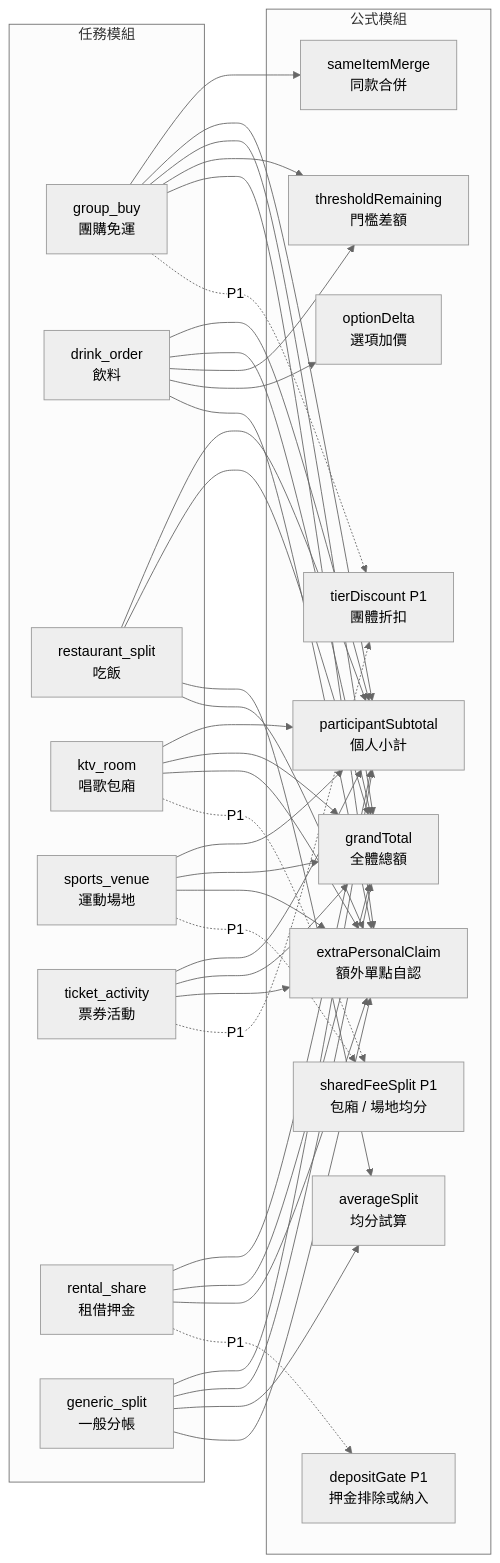
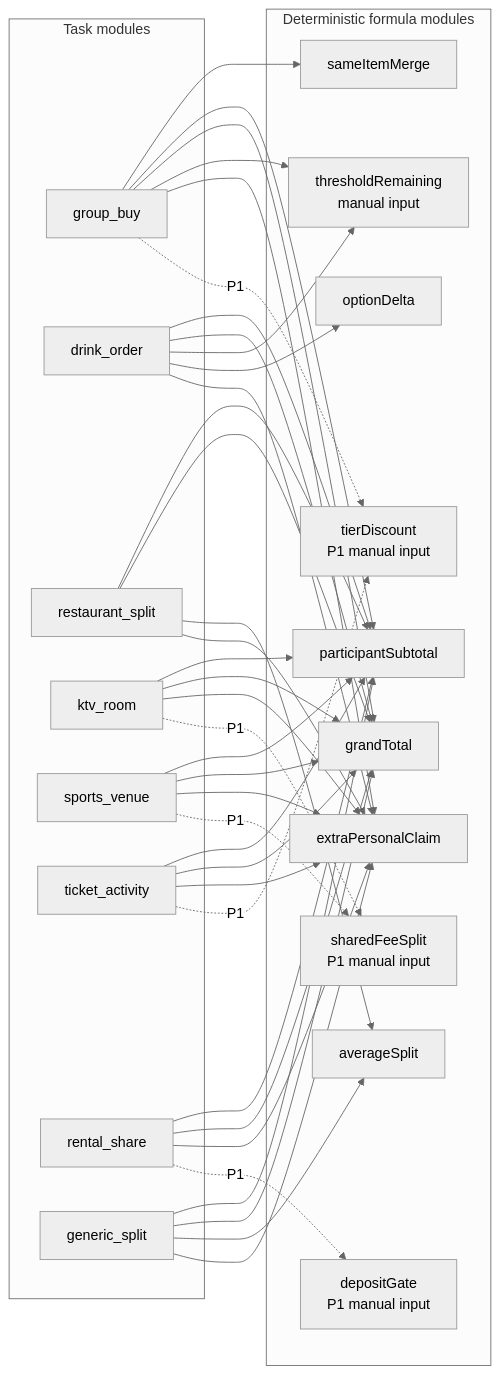
Before and after one commit to jiarong0423/shared-room-mcp: the fourth of 6 diagrams in docs/ai-generated/2026Q3/group_room_mermaid_module_design_20260831.md, drawn with Mermaid (neutral theme). The commit also changed other lines of this file and 19 other files, not shown here.

````diff
--- a/docs/ai-generated/2026Q3/group_room_mermaid_module_design_20260831.md
+++ b/docs/ai-generated/2026Q3/group_room_mermaid_module_design_20260831.md
@@ -118,62 +92,62 @@
 ```mermaid
 flowchart LR
-  subgraph TaskModules[任務模組]
-    T1[group_buy<br/>團購免運]
-    T2[drink_order<br/>飲料]
-    T3[restaurant_split<br/>吃飯]
-    T4[ktv_room<br/>唱歌包廂]
-    T5[sports_venue<br/>運動場地]
-    T6[ticket_activity<br/>票券活動]
-    T7[rental_share<br/>租借押金]
-    T8[generic_split<br/>一般分帳]
+  subgraph TaskModules[Task modules]
+    T1[group_buy]
+    T2[drink_order]
+    T3[restaurant_split]
+    T4[ktv_room]
+    T5[sports_venue]
+    T6[ticket_activity]
+    T7[rental_share]
+    T8[generic_split]
   end
 
-  subgraph FormulaModules[公式模組]
-    F1[sameItemMerge<br/>同款合併]
-    F2[participantSubtotal<br/>個人小計]
-    F3[grandTotal<br/>全體總額]
-    F4[averageSplit<br/>均分試算]
-    F5[thresholdRemaining<br/>門檻差額]
-    F6[optionDelta<br/>選項加價]
-    F7[sharedFeeSplit P1<br/>包廂 / 場地均分]
-    F8[depositGate P1<br/>押金排除或納入]
-    F9[tierDiscount P1<br/>團體折扣]
-    F10[extraPersonalClaim<br/>額外單點自認]
+  subgraph FormulaModules[Deterministic formula modules]
+    F1[sameItemMerge]
+    F2[participantSubtotal]
+    F3[grandTotal]
+    F4[averageSplit]
+    F5[thresholdRemaining<br/>manual input]
+    F6[optionDelta]
+    F7[sharedFeeSplit<br/>P1 manual input]
+    F8[depositGate<br/>P1 manual input]
+    F9[tierDiscount<br/>P1 manual input]
+    F10[extraPersonalClaim]
   end
 
   T1 --> F1
   T1 --> F2
   T1 --> F3
   T1 --> F5
   T1 --> F10
-  T1 -.P1.-> F9
+  T1 -. P1 .-> F9
   T2 --> F2
   T2 --> F3
   T2 --> F5
   T2 --> F6
   T2 --> F10
   T3 --> F2
   T3 --> F3
   T3 --> F4
   T3 --> F10
   T4 --> F2
   T4 --> F3
   T4 --> F10
-  T4 -.P1.-> F7
+  T4 -. P1 .-> F7
   T5 --> F2
   T5 --> F3
   T5 --> F10
-  T5 -.P1.-> F7
+  T5 -. P1 .-> F7
   T6 --> F2
   T6 --> F3
   T6 --> F10
-  T6 -.P1.-> F9
+  T6 -. P1 .-> F9
   T7 --> F2
   T7 --> F3
   T7 --> F10
-  T7 -.P1.-> F8
+  T7 -. P1 .-> F8
   T8 --> F2
   T8 --> F3
   T8 --> F4
   T8 --> F10
 ```
````
